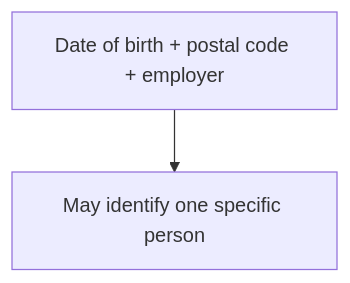
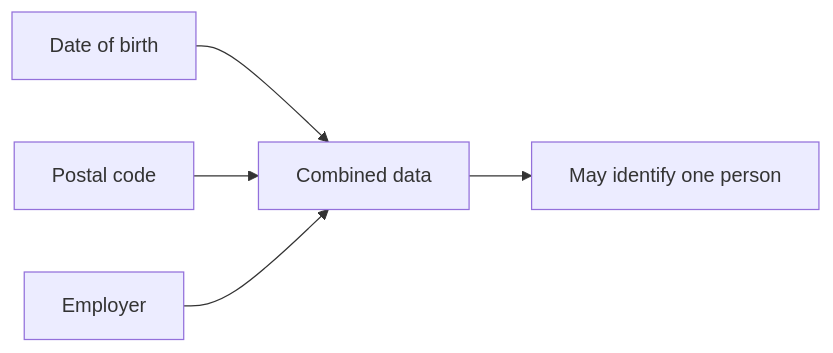
The second of 6 diagrams in src/content/security/pii-kyc-data-handling.md (AvadhBhalodiya/Interview-Preparation), drawn with Mermaid before and after one commit. The commit also changed other lines of this file and 54 other files, not shown here.

````diff
--- a/src/content/security/pii-kyc-data-handling.md
+++ b/src/content/security/pii-kyc-data-handling.md
@@ -113,4 +64,7 @@
 ```mermaid
-flowchart TD
-    A["Date of birth + postal code + employer"] --> B[May identify one specific person]
+flowchart LR
+    A[Date of birth] --> D[Combined data]
+    B[Postal code] --> D
+    C[Employer] --> D
+    D --> E[May identify one person]
 ```
````
